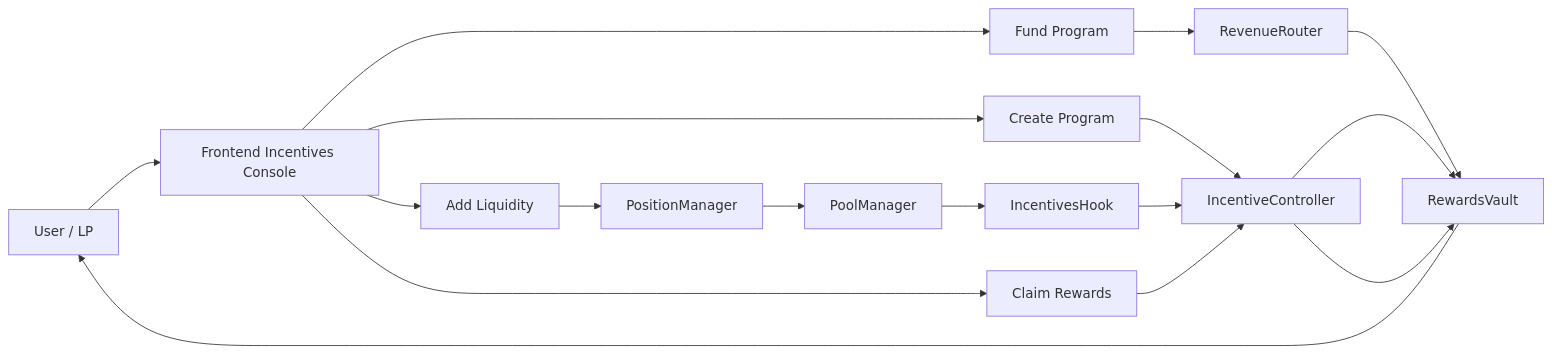
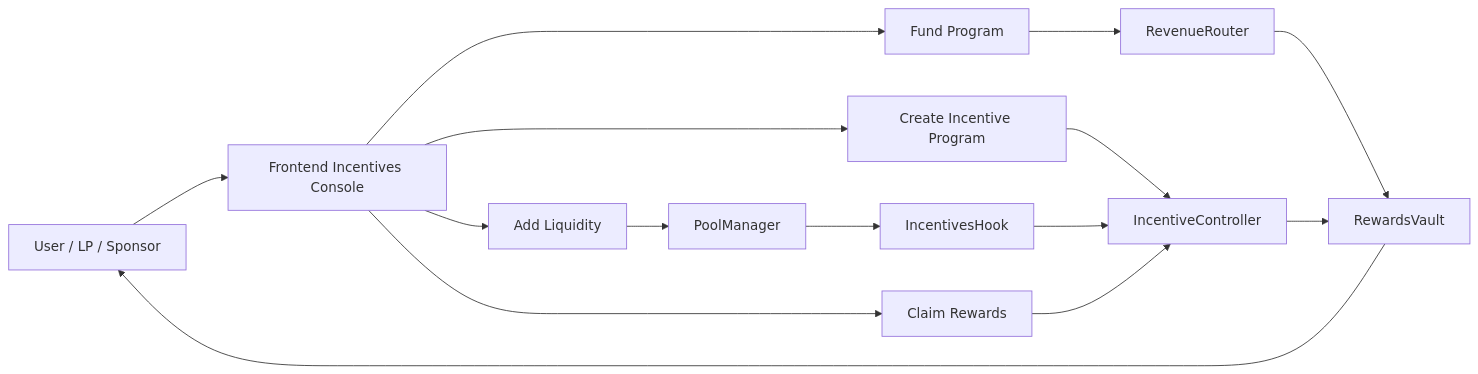
One commit to blue-benz/ERD-Hook changed the first of 3 diagrams in README.md. Above: the diagram before and after it, drawn with Mermaid. The commit also changed other lines of this file and 7 other files, not shown here.

````diff
--- a/README.md
+++ b/README.md
@@ -61,20 +67,18 @@
 ```mermaid
 flowchart LR
-  U[User / LP] --> FE[Frontend Incentives Console]
-  FE --> P1[Create Program]
-  FE --> P2[Fund Program]
-  FE --> P3[Add Liquidity]
-  FE --> P4[Claim Rewards]
+  User[User / LP / Sponsor] --> UI[Frontend Incentives Console]
+  UI --> Create[Create Incentive Program]
+  UI --> Fund[Fund Program]
+  UI --> LPIn[Add Liquidity]
+  UI --> Claim[Claim Rewards]
 
-  P1 --> CTRL[IncentiveController]
-  P2 --> ROUTER[RevenueRouter]
-  ROUTER --> VAULT[RewardsVault]
-  P3 --> POSM[PositionManager]
-  POSM --> PM[PoolManager]
-  PM --> HOOK[IncentivesHook]
-  HOOK --> CTRL
-  CTRL --> VAULT
-  P4 --> CTRL
-  CTRL --> VAULT
-  VAULT --> U
+  Create --> Controller[IncentiveController]
+  Fund --> Router[RevenueRouter]
+  Router --> Vault[RewardsVault]
+  LPIn --> PM[PoolManager]
+  PM --> Hook[IncentivesHook]
+  Hook --> Controller
+  Claim --> Controller
+  Controller --> Vault
+  Vault --> User
 ```
````
